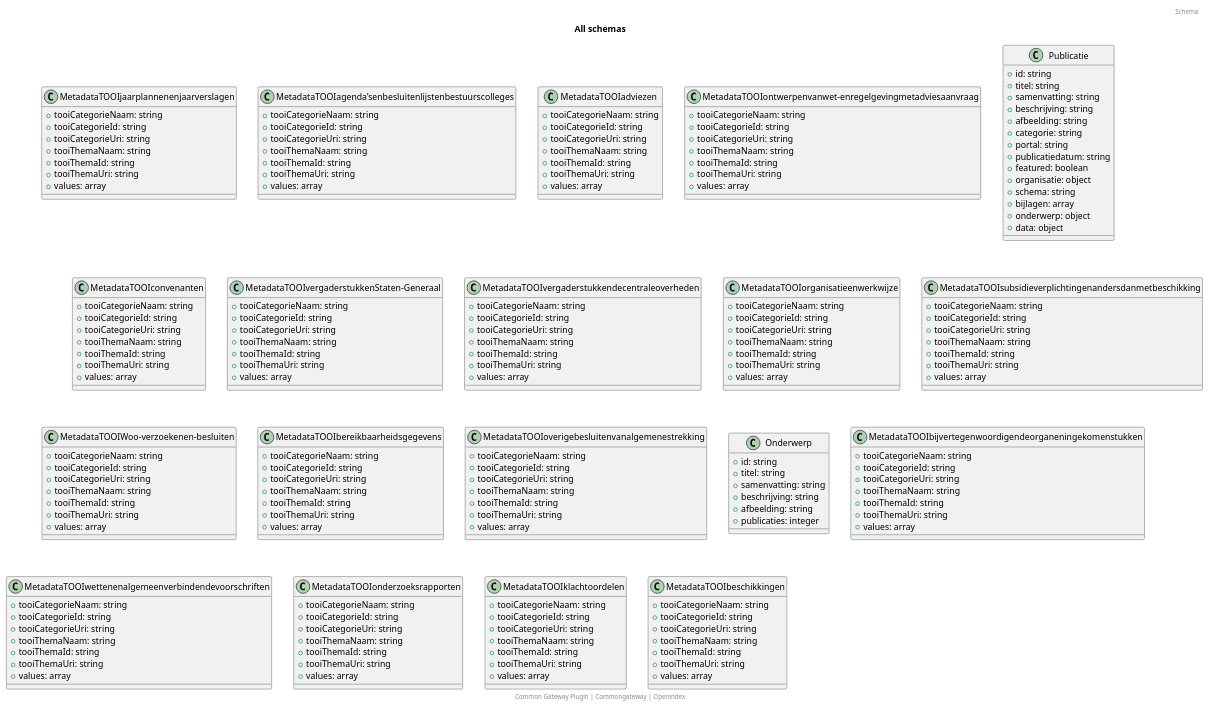
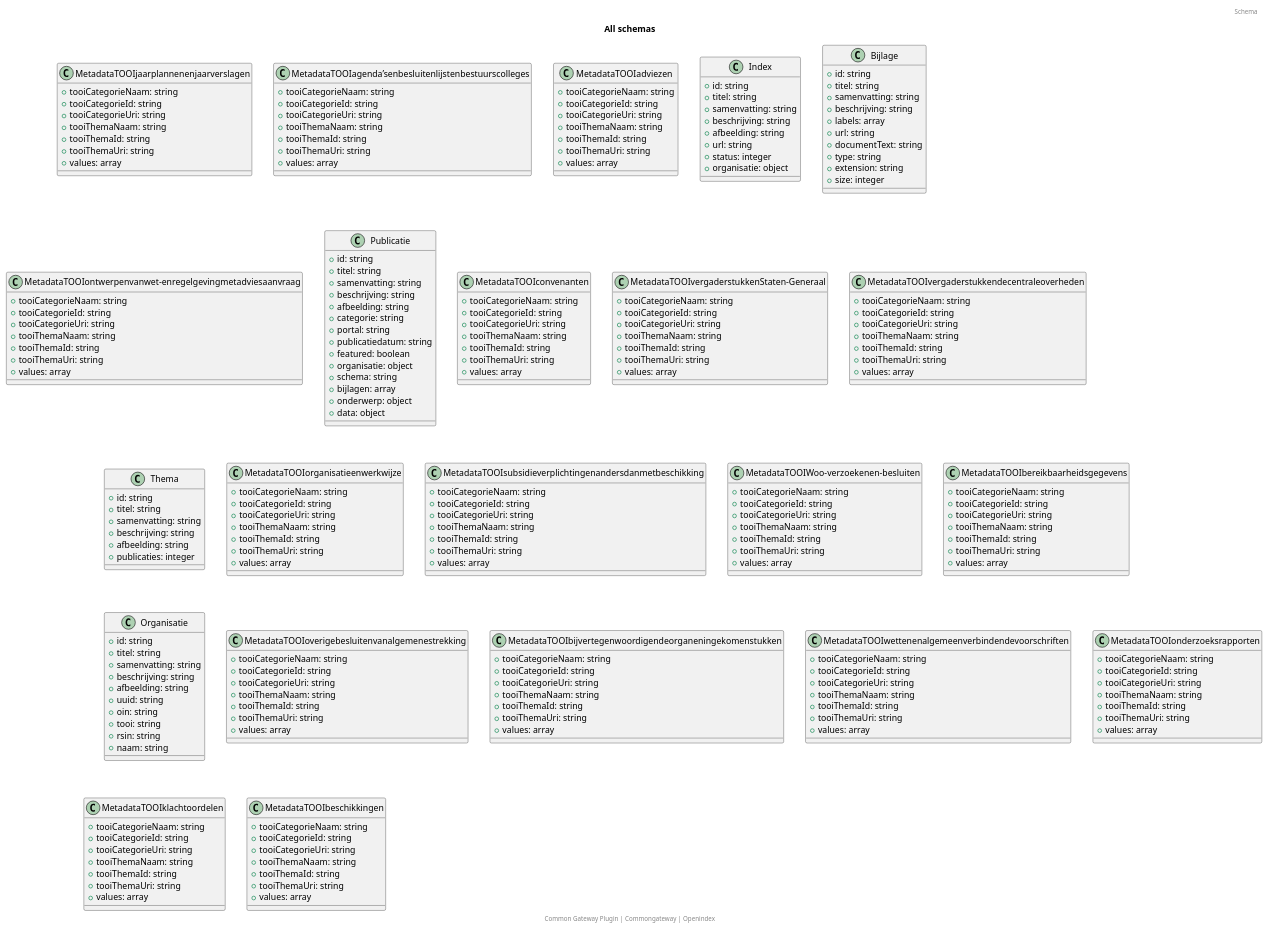
The diagram in docs/schema/all_schema_classes.puml (CommonGateway/OpenIndex), drawn with PlantUML before and after one commit. The commit also changed 27 other files, not shown here.

```diff
--- a/docs/schema/all_schema_classes.puml
+++ b/docs/schema/all_schema_classes.puml
@@ -28,6 +28,28 @@
   + tooiThemaId: string
   + tooiThemaUri: string
   + values: array
+}
+class Index {
+  + id: string
+  + titel: string
+  + samenvatting: string
+  + beschrijving: string
+  + afbeelding: string
+  + url: string
+  + status: integer
+  + organisatie: object
+}
+class Bijlage {
+  + id: string
+  + titel: string
+  + samenvatting: string
+  + beschrijving: string
+  + labels: array
+  + url: string
+  + documentText: string
+  + type: string
+  + extension: string
+  + size: integer
 }
 class MetadataTOOIontwerpenvanwet-enregelgevingmetadviesaanvraag {
   + tooiCategorieNaam: string
@@ -81,6 +103,14 @@
   + tooiThemaUri: string
   + values: array
 }
+class Thema {
+  + id: string
+  + titel: string
+  + samenvatting: string
+  + beschrijving: string
+  + afbeelding: string
+  + publicaties: integer
+}
 class MetadataTOOIorganisatieenwerkwijze {
   + tooiCategorieNaam: string
   + tooiCategorieId: string
@@ -117,6 +147,18 @@
   + tooiThemaUri: string
   + values: array
 }
+class Organisatie {
+  + id: string
+  + titel: string
+  + samenvatting: string
+  + beschrijving: string
+  + afbeelding: string
+  + uuid: string
+  + oin: string
+  + tooi: string
+  + rsin: string
+  + naam: string
+}
 class MetadataTOOIoverigebesluitenvanalgemenestrekking {
   + tooiCategorieNaam: string
   + tooiCategorieId: string
@@ -125,14 +167,6 @@
   + tooiThemaId: string
   + tooiThemaUri: string
   + values: array
-}
-class Onderwerp {
-  + id: string
-  + titel: string
-  + samenvatting: string
-  + beschrijving: string
-  + afbeelding: string
-  + publicaties: integer
 }
 class MetadataTOOIbijvertegenwoordigendeorganeningekomenstukken {
   + tooiCategorieNaam: string
```
